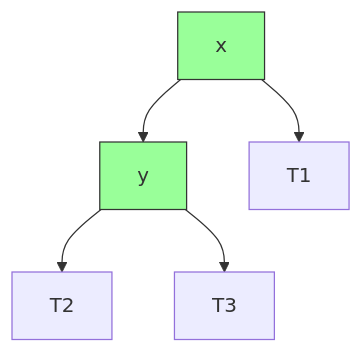
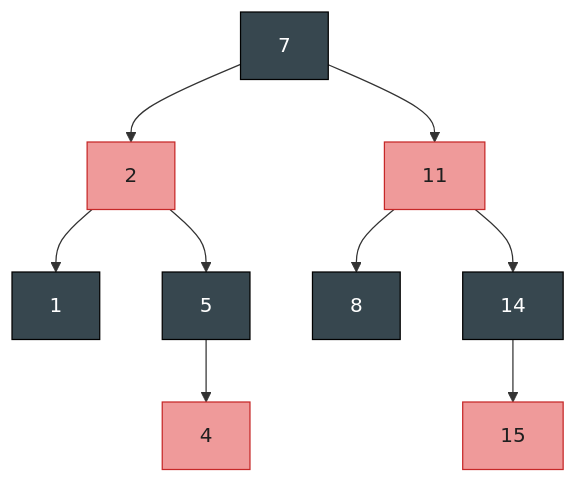
The sixth of 13 diagrams in IntroductionToAlgorithms/Chapter13_红黑树_深度版.md (socoo123/book_reading), drawn with Mermaid before and after one commit. The commit also changed other lines of this file and 30 other files, not shown here.

````diff
--- a/IntroductionToAlgorithms/Chapter13_红黑树_深度版.md
+++ b/IntroductionToAlgorithms/Chapter13_红黑树_深度版.md
@@ -286,10 +244,15 @@
 ```mermaid
-flowchart TD
-    x["x"] --> y["y"]
-    x --> T1["T1"]
-    y --> T2["T2"]
-    y --> T3["T3"]
-
-    style x fill:#99ff99,stroke:#333
-    style y fill:#99ff99,stroke:#333
+graph TD
+    n7["7"] --> n2["2"]
+    n7 --> n11["11"]
+    n2 --> n1["1"]
+    n2 --> n5["5"]
+    n11 --> n8["8"]
+    n11 --> n14["14"]
+    n14 --> n15["15"]
+    n5 --> n4["4"]
+    classDef rbB fill:#37474F,stroke:#000,color:#fff
+    classDef rbR fill:#EF9A9A,stroke:#C62828,color:#1f1f1f
+    class n7,n1,n5,n8,n14 rbB
+    class n2,n11,n15,n4 rbR
 ```
````
